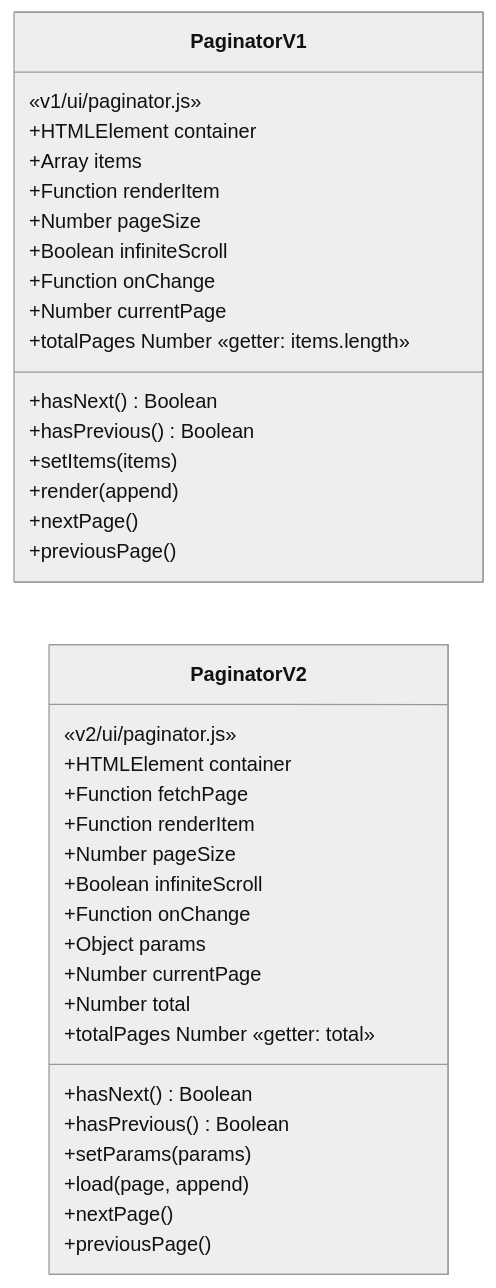
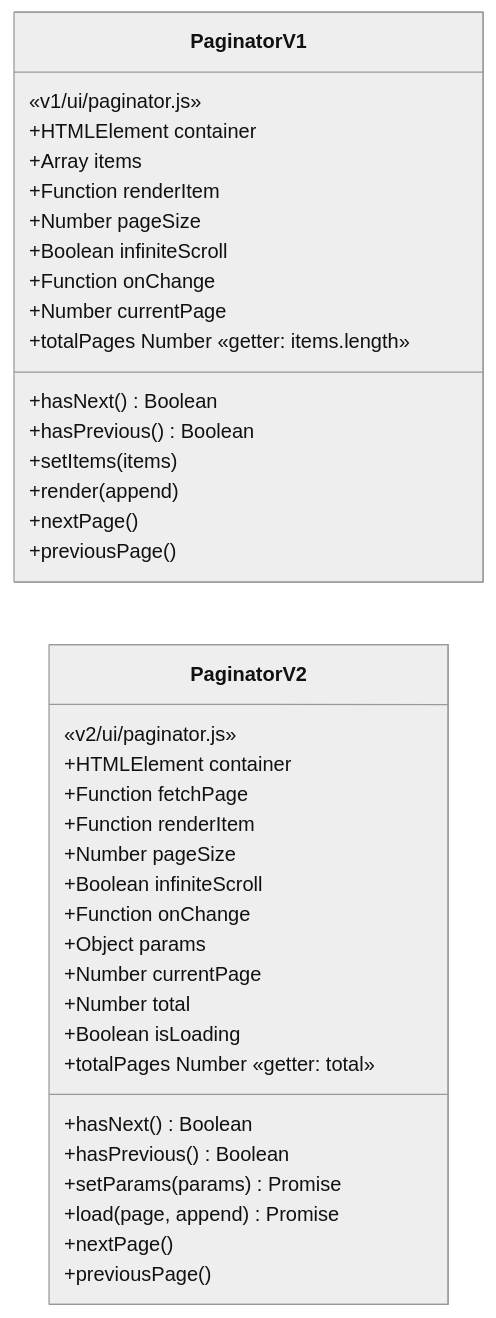
The third of 3 diagrams in docs/diagrama-clases.md (LdMe/tienda_oct_26_js), drawn with Mermaid (neutral theme) before and after one commit. The commit also changed other lines of this file and 20 other files, not shown here.

````diff
--- a/docs/diagrama-clases.md
+++ b/docs/diagrama-clases.md
@@ -165,42 +168,43 @@
 ```mermaid
 classDiagram
     direction LR
 
     class PaginatorV1 {
         «v1/ui/paginator.js»
         +HTMLElement container
         +Array items
         +Function renderItem
         +Number pageSize
         +Boolean infiniteScroll
         +Function onChange
         +Number currentPage
         +totalPages Number «getter: items.length»
         +hasNext() Boolean
         +hasPrevious() Boolean
         +setItems(items)
         +render(append)
         +nextPage()
         +previousPage()
     }
 
     class PaginatorV2 {
         «v2/ui/paginator.js»
         +HTMLElement container
         +Function fetchPage
         +Function renderItem
         +Number pageSize
         +Boolean infiniteScroll
         +Function onChange
         +Object params
         +Number currentPage
         +Number total
+        +Boolean isLoading
         +totalPages Number «getter: total»
         +hasNext() Boolean
         +hasPrevious() Boolean
-        +setParams(params)
-        +load(page, append)
+        +setParams(params) Promise
+        +load(page, append) Promise
         +nextPage()
         +previousPage()
     }
 ```
````
